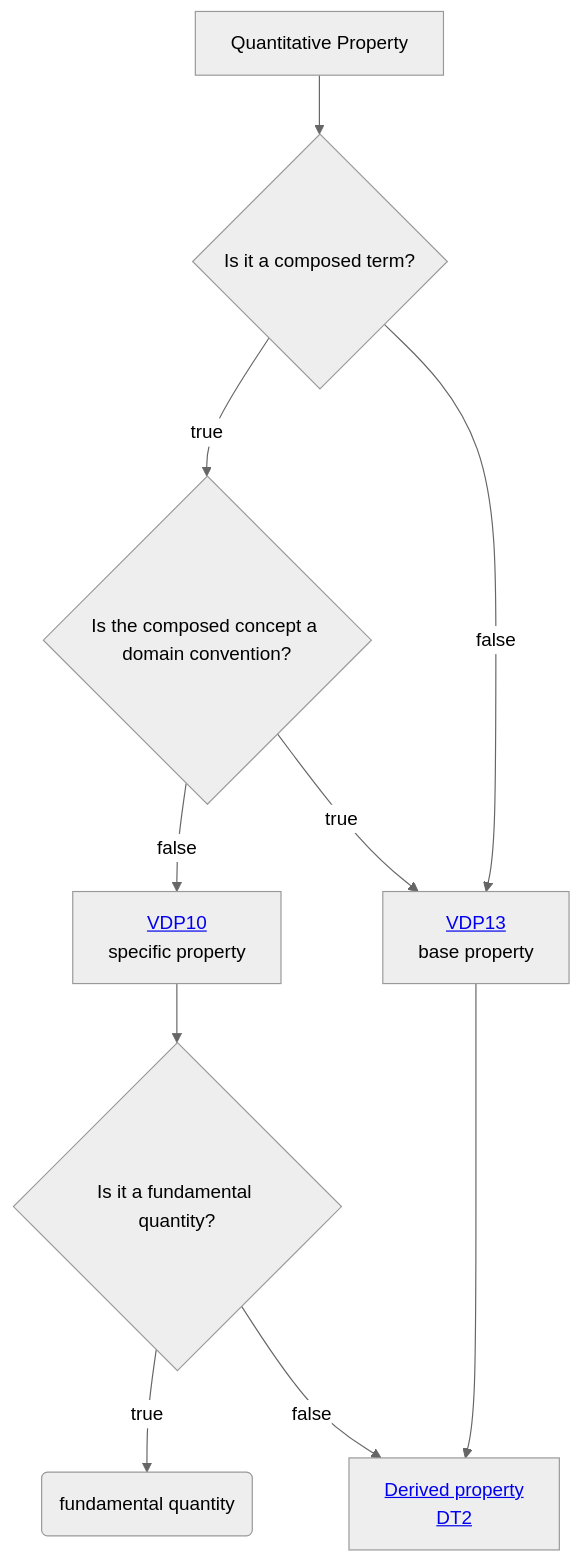
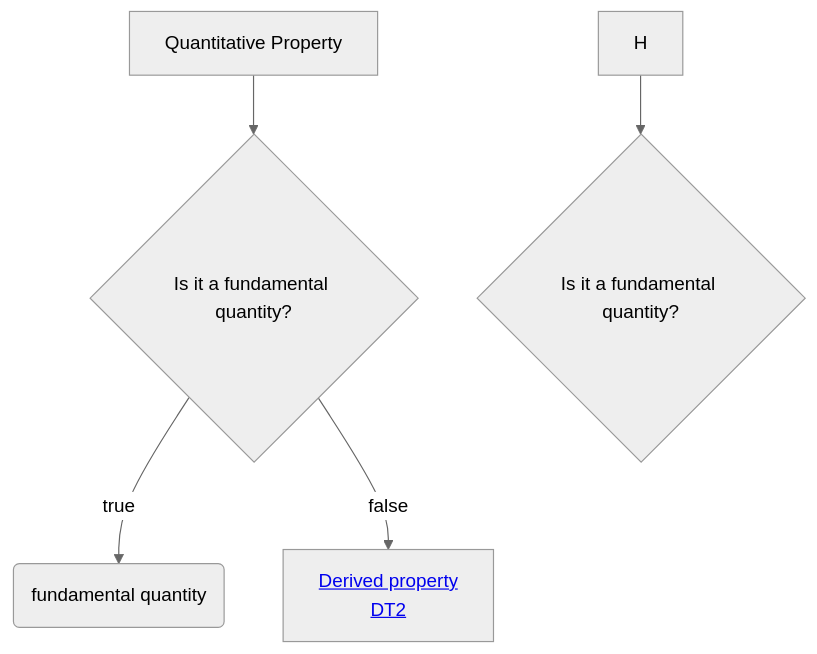
Before and after one commit to mabablue/I-ADOPT-patterns-playground: the diagram in Decisition_trees/DT1.mmd, drawn with Mermaid (neutral theme).

```diff
--- a/Decisition_trees/DT1.mmd
+++ b/Decisition_trees/DT1.mmd
@@ -1,10 +1,5 @@
 flowchart TD
-    A[Quantitative Property] --> B{Is it a composed term?}
-    B --> |true|F{Is the composed concept a domain convention?}
-    B --> |false|D[<a href='https://github.com/mabablue/I-ADOPT-patterns-playground/blob/main/pattern/VDP13.yaml'>VDP13</a> <br> base property]
-    F --> |false|H[<a href='https://github.com/mabablue/I-ADOPT-patterns-playground/blob/main/pattern/VDP10.yaml'>VDP10</a> <br> specific property]
-    F --> |true|D
+    A[Quantitative Property] --> B{Is it a fundamental quantity?}
     H --> I{Is it a fundamental quantity?}
-    D --> L[<a href='https://github.com/mabablue/I-ADOPT-patterns-playground/blob/main/Decisition_trees/DT2.mmd'>Next step <br> DT2</a>] 
-    I --> |true|J(fundamental quantity)
-    I --> |false|L[<a href='https://github.com/mabablue/I-ADOPT-patterns-playground/blob/main/Decisition_trees/DT2.mmd'>Derived property <br> DT2</a>] 
+    B --> |true|C(fundamental quantity)
+    B --> |false|D[<a href='https://github.com/mabablue/I-ADOPT-patterns-playground/blob/main/Decisition_trees/DT2.mmd'>Derived property <br> DT2</a>] 
```
